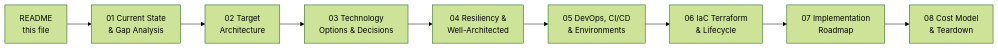
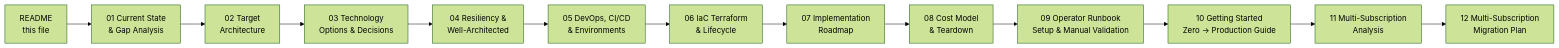
The first of 2 diagrams in docs/deployment/azure/README.md (arvinddhasmana/rtsa_webgpu), drawn with Mermaid (forest theme) before and after one commit. The commit also changed other lines of this file and 53 other files, not shown here.

````diff
--- a/docs/deployment/azure/README.md
+++ b/docs/deployment/azure/README.md
@@ -43,11 +43,15 @@
 ```mermaid
 flowchart LR
     R[README<br/>this file] --> D1[01 Current State<br/>& Gap Analysis]
     D1 --> D2[02 Target<br/>Architecture]
     D2 --> D3[03 Technology<br/>Options & Decisions]
     D3 --> D4[04 Resiliency &<br/>Well-Architected]
     D4 --> D5[05 DevOps, CI/CD<br/>& Environments]
     D5 --> D6[06 IaC Terraform<br/>& Lifecycle]
     D6 --> D7[07 Implementation<br/>Roadmap]
     D7 --> D8[08 Cost Model<br/>& Teardown]
+    D8 --> D9[09 Operator Runbook<br/>Setup & Manual Validation]
+    D9 --> D10[10 Getting Started<br/>Zero → Production Guide]
+    D10 --> D11[11 Multi-Subscription<br/>Analysis]
+    D11 --> D12[12 Multi-Subscription<br/>Migration Plan]
 ```
````
